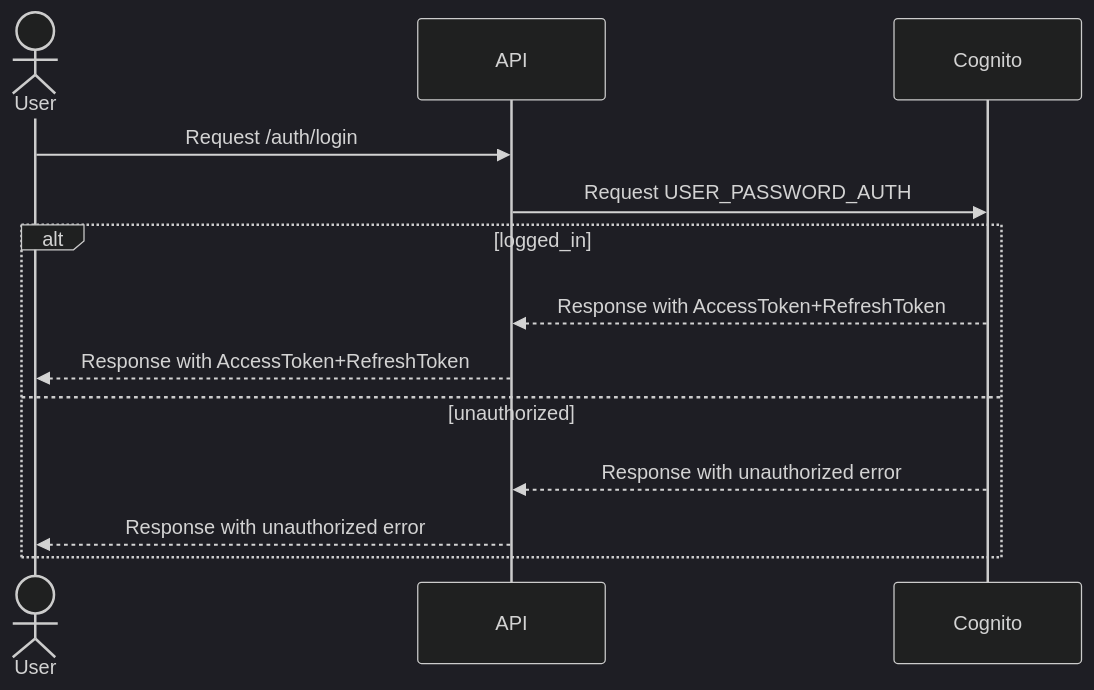
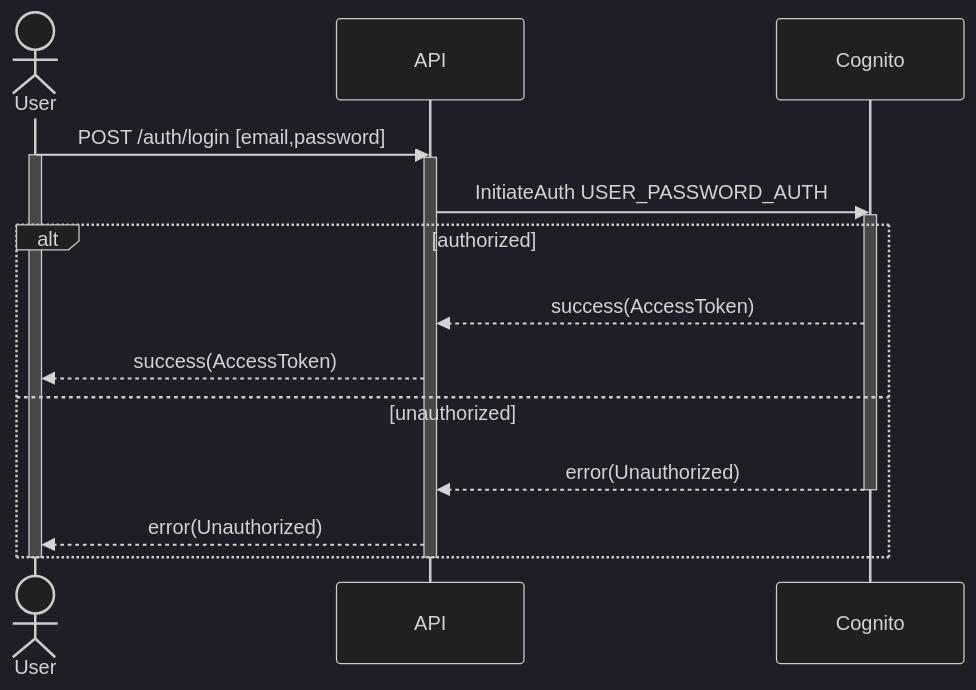
Before and after one commit to realfabecker/auth3: the first of 3 diagrams in README.md, drawn with Mermaid (dark theme). The commit also changed other lines of this file and 11 other files, not shown here.

````diff
--- a/README.md
+++ b/README.md
@@ -138,14 +138,19 @@
 ```mermaid
 sequenceDiagram
     actor User
-    User ->> API: Request /auth/login
-    API ->> Cognito: Request USER_PASSWORD_AUTH
-
-    alt logged_in
-        Cognito -->> API: Response with AccessToken+RefreshToken
-        API -->> User: Response with AccessToken+RefreshToken
+    User ->> API: POST /auth/login [email,password]
+    activate User
+    activate API
+    API ->> Cognito: InitiateAuth USER_PASSWORD_AUTH
+    activate Cognito
+    alt authorized
+        Cognito -->> API: success(AccessToken)
+        API -->> User: success(AccessToken)
     else unauthorized
-        Cognito -->> API: Response with unauthorized error
-        API -->> User: Response with unauthorized error
+        Cognito -->> API: error(Unauthorized)
+        deactivate Cognito
+        API -->> User: error(Unauthorized)
     end
+    deactivate User
+    deactivate API
 ```
````
